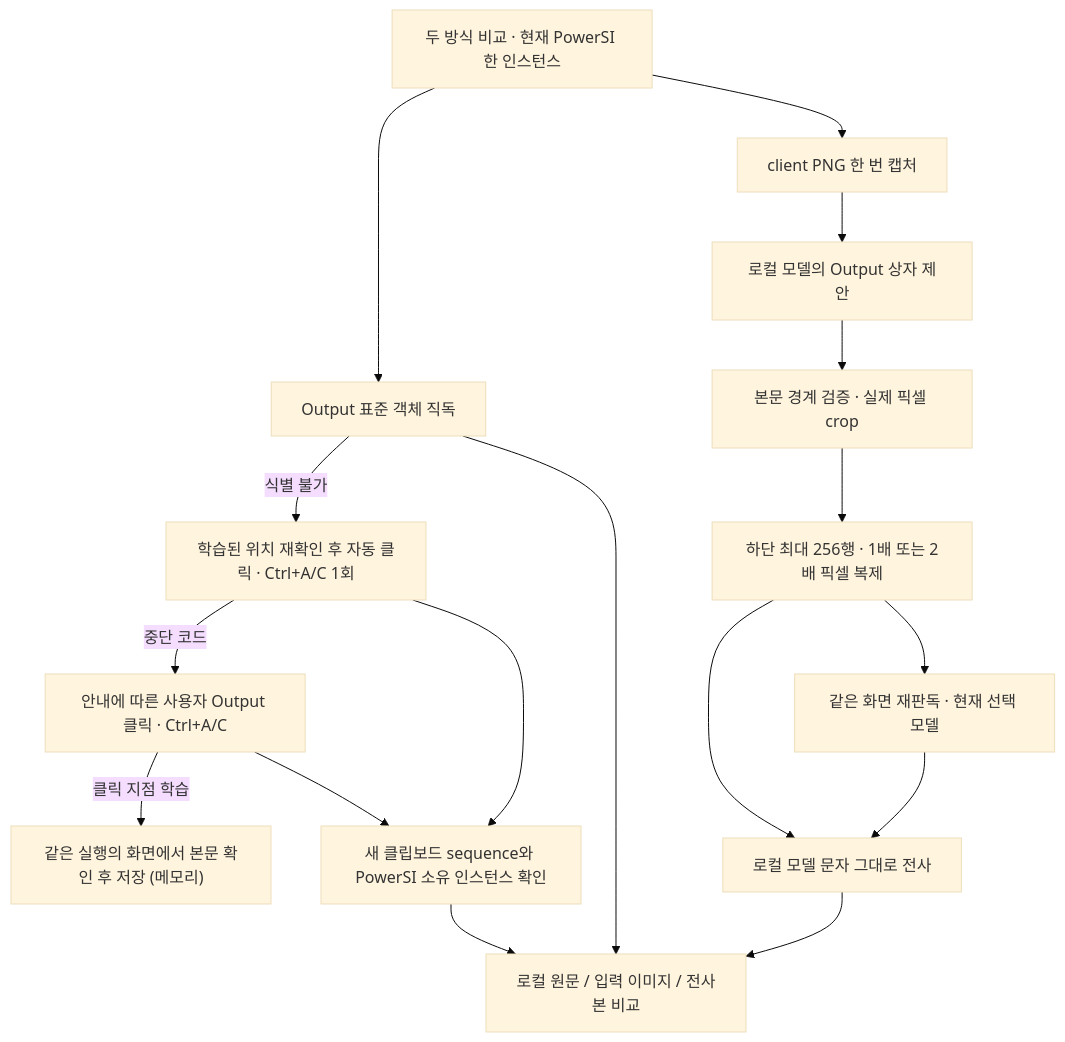
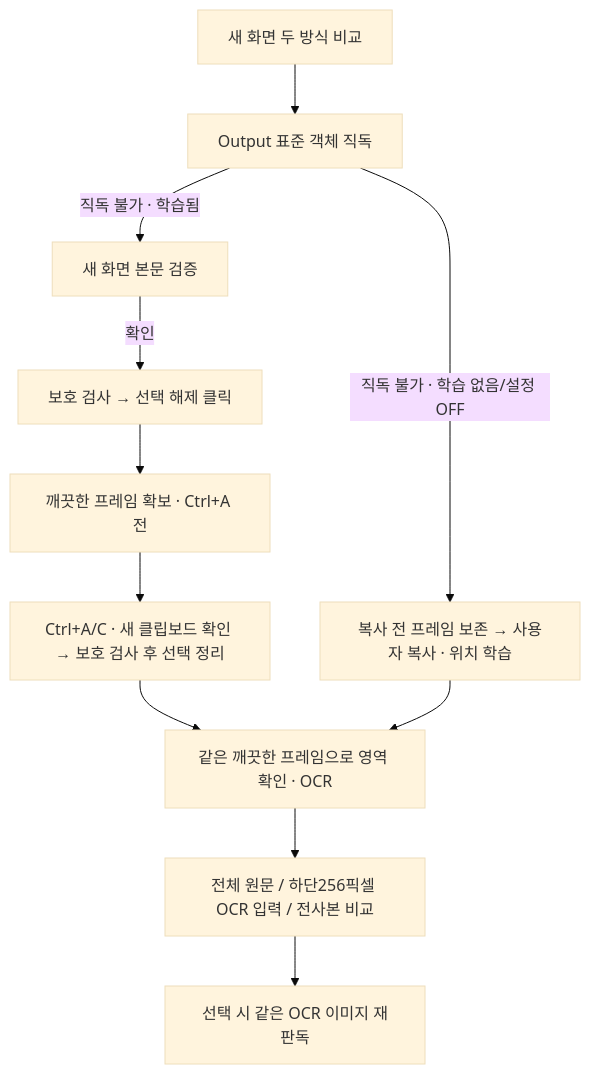
Before and after one commit to yunhyok/Remote-Control-App: the second of 2 diagrams in HANDOFF.md, drawn with Mermaid (base theme). The commit also changed other lines of this file and 13 other files, not shown here.

````diff
--- a/HANDOFF.md
+++ b/HANDOFF.md
@@ -160,19 +164,13 @@
 ```mermaid
 flowchart TD
-    Start["두 방식 비교 · 현재 PowerSI 한 인스턴스"] --> Text["Output 표준 객체 직독"]
-    Text -->|"식별 불가"| Auto["학습된 위치 재확인 후 자동 클릭 · Ctrl+A/C 1회"]
-    Auto -->|"중단 코드"| Copy["안내에 따른 사용자 Output 클릭 · Ctrl+A/C"]
-    Auto --> Buffer
-    Copy -->|"클릭 지점 학습"| Anchor["같은 실행의 화면에서 본문 확인 후 저장 (메모리)"]
-    Copy --> Buffer["새 클립보드 sequence와 PowerSI 소유 인스턴스 확인"]
-    Start --> Capture["client PNG 한 번 캡처"]
-    Capture --> Locate["로컬 모델의 Output 상자 제안"]
-    Locate --> Crop["본문 경계 검증 · 실제 픽셀 crop"]
-    Crop --> Input["하단 최대 256행 · 1배 또는 2배 픽셀 복제"]
-    Input --> OCR["로컬 모델 문자 그대로 전사"]
-    Input --> Replay["같은 화면 재판독 · 현재 선택 모델"]
-    Replay --> OCR
-    Text --> Compare["로컬 원문 / 입력 이미지 / 전사본 비교"]
-    Buffer --> Compare
-    OCR --> Compare
+    Start["새 화면 두 방식 비교"] --> Text["Output 표준 객체 직독"]
+    Text -->|"직독 불가 · 학습 없음/설정 OFF"| Manual["복사 전 프레임 보존 → 사용자 복사 · 위치 학습"]
+    Text -->|"직독 불가 · 학습됨"| Guard["새 화면 본문 검증"]
+    Guard -->|"확인"| Click["보호 검사 → 선택 해제 클릭"]
+    Click --> Clean["깨끗한 프레임 확보 · Ctrl+A 전"]
+    Clean --> Copy["Ctrl+A/C · 새 클립보드 확인 → 보호 검사 후 선택 정리"]
+    Copy --> Vision["같은 깨끗한 프레임으로 영역 확인 · OCR"]
+    Manual --> Vision
+    Vision --> Compare["전체 원문 / 하단256픽셀 OCR 입력 / 전사본 비교"]
+    Compare --> Replay["선택 시 같은 OCR 이미지 재판독"]
 ```
````
